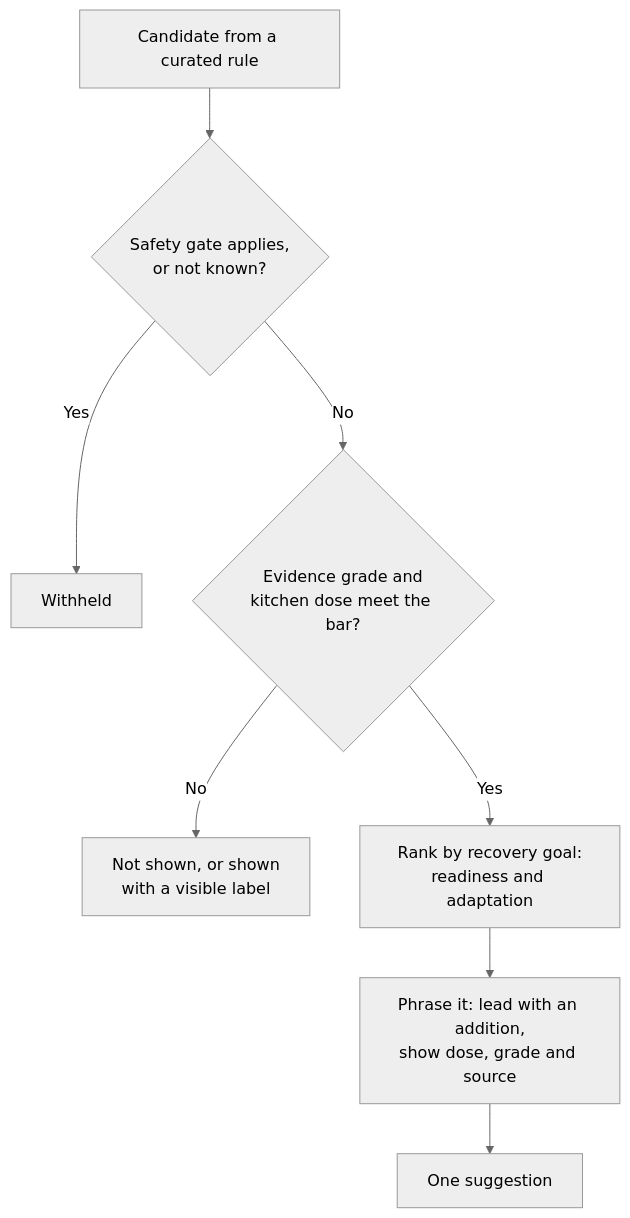
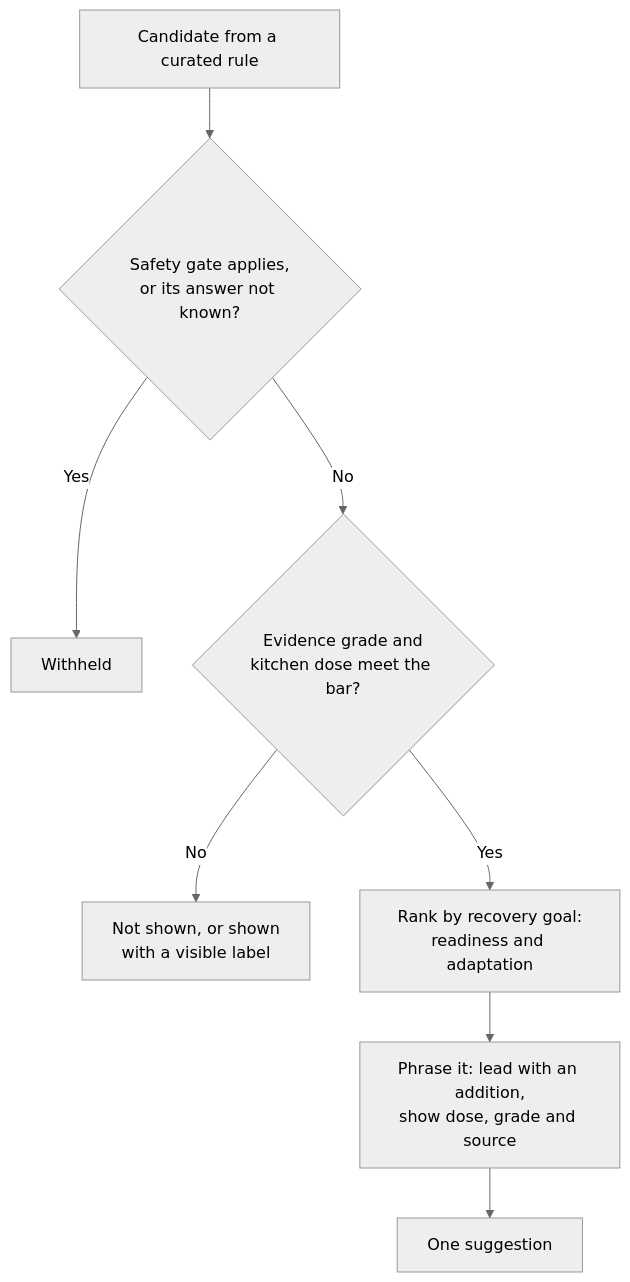
The diagram in docs/product/principles.md (dev-nobytes-io/Grocy-Bioavaiability-and-Interactions-Reccomendation-Engine), drawn with Mermaid (neutral theme) before and after one commit. The commit also changed other lines of this file and 18 other files, not shown here.

````diff
--- a/docs/product/principles.md
+++ b/docs/product/principles.md
@@ -7,10 +7,10 @@
 ```mermaid
 flowchart TD
-  CAND["Candidate from a curated rule"] --> GATE{"Safety gate applies,<br/>or not known?"}
+  CAND["Candidate from a curated rule"] --> GATE{"Safety gate applies,<br/>or its answer not known?"}
   GATE -->|"Yes"| WITHHOLD["Withheld"]
   GATE -->|"No"| EVID{"Evidence grade and<br/>kitchen dose meet the bar?"}
   EVID -->|"No"| LABEL["Not shown, or shown<br/>with a visible label"]
   EVID -->|"Yes"| GOAL["Rank by recovery goal:<br/>readiness and adaptation"]
   GOAL --> TONE["Phrase it: lead with an addition,<br/>show dose, grade and source"]
   TONE --> SHOW["One suggestion"]
 ```
````
